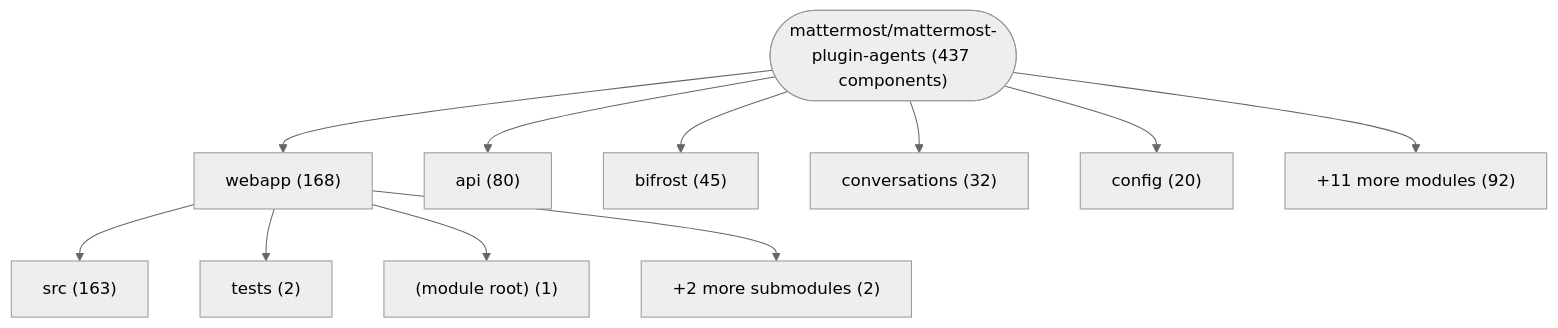
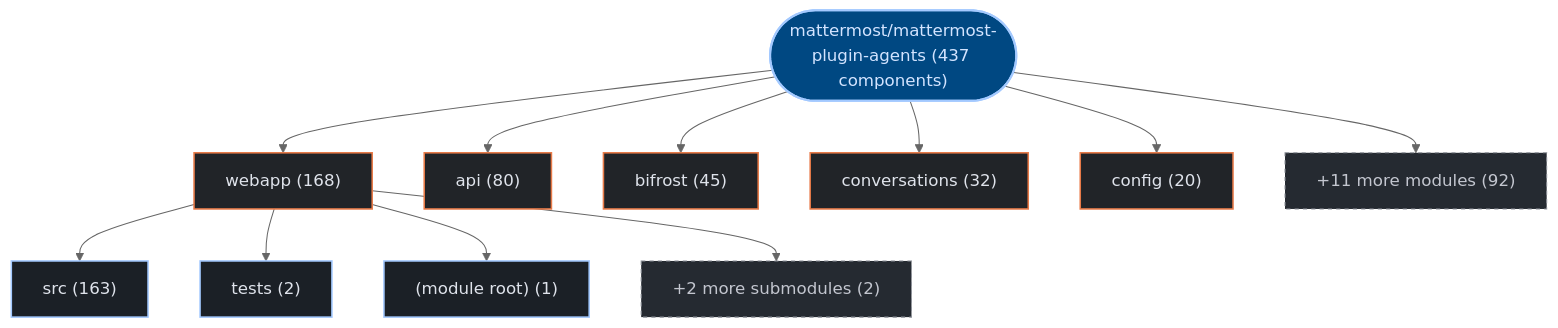
One commit to kumarshaz/atruss-code-atlas changed the first of 3 diagrams in exports/latest/reports/mattermost-mattermost-plugin-agents-report.md. Above: the diagram before and after it, drawn with Mermaid (neutral theme). The commit also changed other lines of this file and 331 other files, not shown here.

Commit message:
docs,ui,fix: update SDLC docs, reorder CI/CD DAG first, stylize Mermaid, and fix Arc42 pipeline topology

````diff
--- a/exports/latest/reports/mattermost-mattermost-plugin-agents-report.md
+++ b/exports/latest/reports/mattermost-mattermost-plugin-agents-report.md
@@ -42,24 +42,31 @@
 ```mermaid
 graph TD;
-    repo_root(["mattermost/mattermost-plugin-agents (437 components)"])
-    dir_0_webapp["webapp (168)"]
+  classDef atlasRoot fill:#004882,stroke:#a3c9ff,stroke-width:2px,color:#d3e4ff
+  classDef atlasCategory fill:#212428,stroke:#E87A48,stroke-width:1.5px,color:#dfe3eb
+  classDef atlasWorkflow fill:#1b2026,stroke:#a3c9ff,stroke-width:1.5px,color:#dfe3eb
+  classDef atlasJob fill:#171c22,stroke:#8d9199,stroke-width:1px,color:#dfe3eb
+  classDef atlasTarget fill:#005227,stroke:#8bd99b,stroke-width:1.5px,color:#a7f6b6
+  classDef atlasAlert fill:#93000a,stroke:#ffb4ab,stroke-width:1.5px,color:#ffdad6
+  classDef atlasMore fill:#252a31,stroke:#8d9199,stroke-dasharray:4 4,color:#c3c6cf
+    repo_root(["mattermost/mattermost-plugin-agents (437 components)"]):::atlasRoot
+    dir_0_webapp["webapp (168)"]:::atlasCategory
     repo_root --> dir_0_webapp
-    sub_0_0_src["src (163)"]
+    sub_0_0_src["src (163)"]:::atlasWorkflow
     dir_0_webapp --> sub_0_0_src
-    sub_0_1_tests["tests (2)"]
+    sub_0_1_tests["tests (2)"]:::atlasWorkflow
     dir_0_webapp --> sub_0_1_tests
-    sub_0_2__module_root_["(module root) (1)"]
+    sub_0_2__module_root_["(module root) (1)"]:::atlasWorkflow
     dir_0_webapp --> sub_0_2__module_root_
-    sub_0_more["+2 more submodules (2)"]
+    sub_0_more["+2 more submodules (2)"]:::atlasMore
     dir_0_webapp --> sub_0_more
-    dir_1_api["api (80)"]
+    dir_1_api["api (80)"]:::atlasCategory
     repo_root --> dir_1_api
-    dir_2_bifrost["bifrost (45)"]
+    dir_2_bifrost["bifrost (45)"]:::atlasCategory
     repo_root --> dir_2_bifrost
-    dir_3_conversations["conversations (32)"]
+    dir_3_conversations["conversations (32)"]:::atlasCategory
     repo_root --> dir_3_conversations
-    dir_4_config["config (20)"]
+    dir_4_config["config (20)"]:::atlasCategory
     repo_root --> dir_4_config
-    dir_other_modules["+11 more modules (92)"]
+    dir_other_modules["+11 more modules (92)"]:::atlasMore
     repo_root --> dir_other_modules
 ```
````
